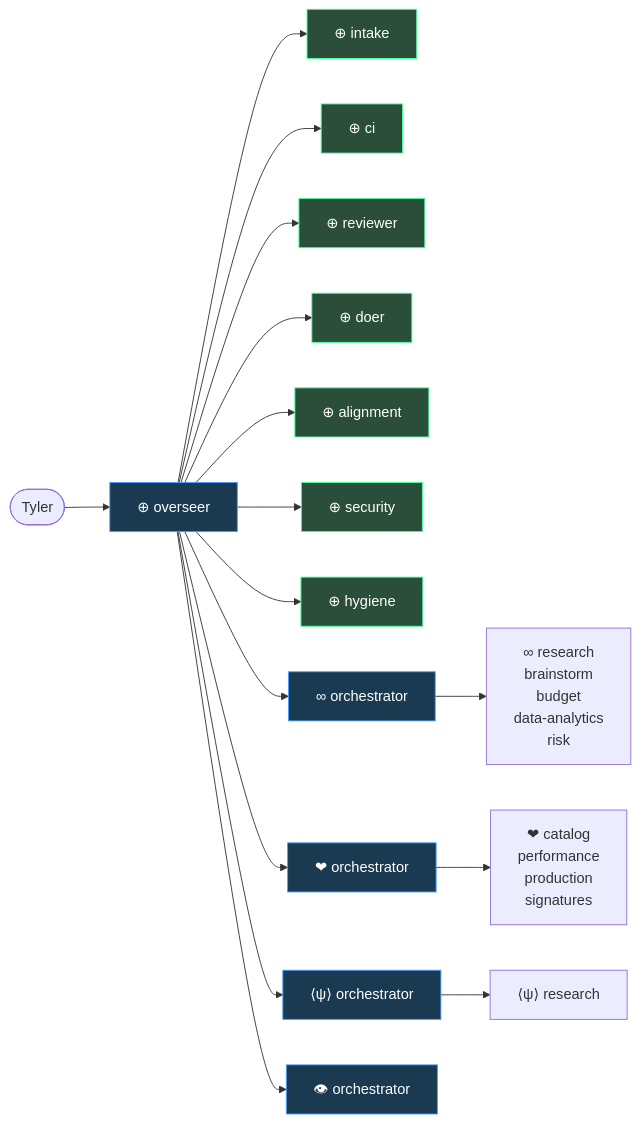
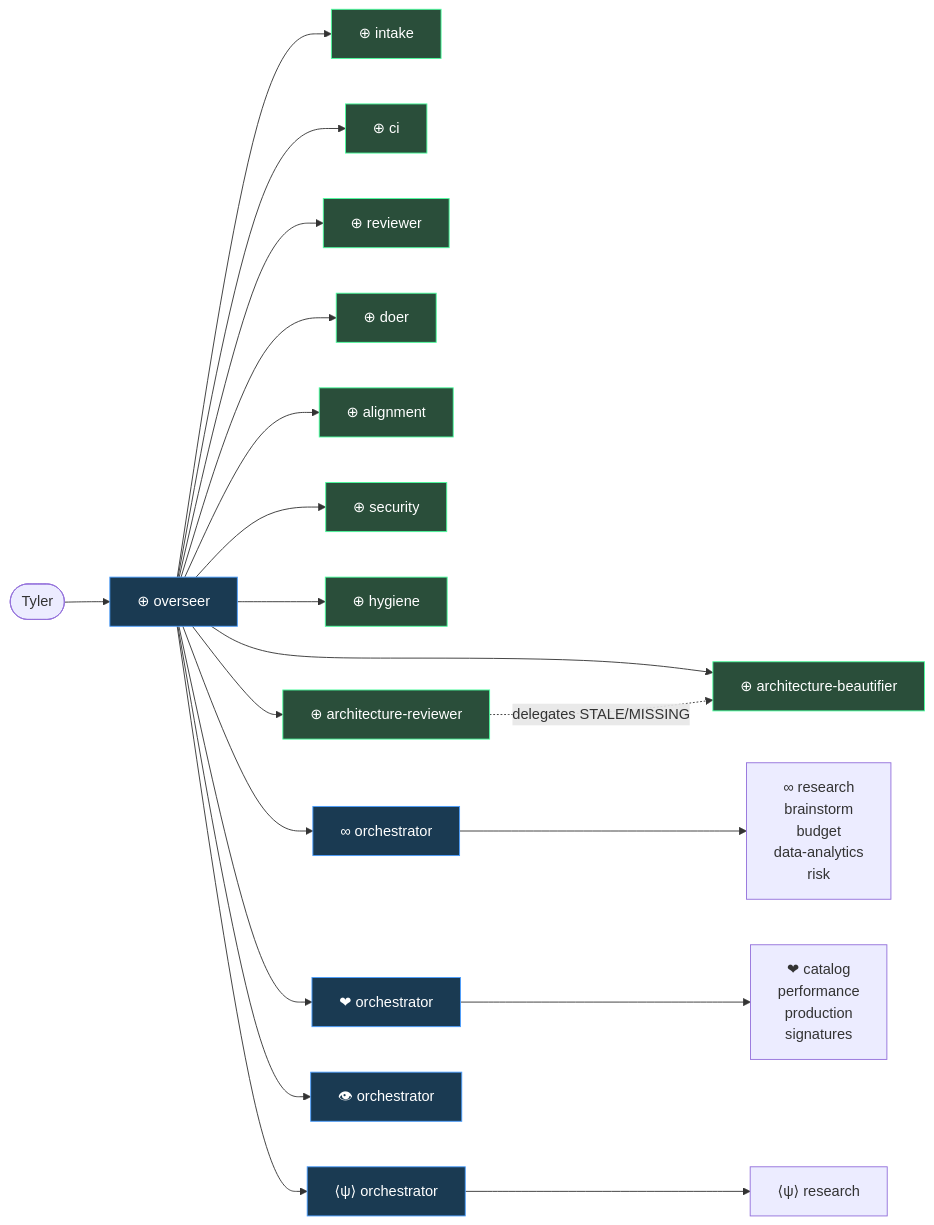
Before and after one commit to tylerdrakemusic/-Workspace: the diagram in diagrams/workspace-agent-topology.mmd, drawn with Mermaid. The commit also changed 6 other files, not shown here.

First line of the commit message:
chore(fr): close FR-20260425-architecture-review-agents (PARTIAL_MERGED)

```diff
--- a/diagrams/workspace-agent-topology.mmd
+++ b/diagrams/workspace-agent-topology.mmd
@@ -1,23 +1,27 @@
 graph LR
     Tyler([Tyler]) --> Overseer[⊕ overseer]
     Overseer --> Intake[⊕ intake]
     Overseer --> CI[⊕ ci]
     Overseer --> Reviewer[⊕ reviewer]
     Overseer --> Doer[⊕ doer]
     Overseer --> Alignment[⊕ alignment]
     Overseer --> Security[⊕ security]
     Overseer --> Hygiene[⊕ hygiene]
+    Overseer --> ArchReviewer[⊕ architecture-reviewer]
+    Overseer --> ArchBeautifier[⊕ architecture-beautifier]
+
+    ArchReviewer -.->|delegates STALE/MISSING| ArchBeautifier
 
     Overseer --> LifeOrch[∞ orchestrator]
     Overseer --> MusicOrch[❤ orchestrator]
     Overseer --> QuantumOrch[⟨ψ⟩ orchestrator]
     Overseer --> ManifestOrch[👁 orchestrator]
 
     LifeOrch --> LifeAgents[∞ research<br/>brainstorm<br/>budget<br/>data-analytics<br/>risk]
     MusicOrch --> MusicAgents[❤ catalog<br/>performance<br/>production<br/>signatures]
     QuantumOrch --> QResearch[⟨ψ⟩ research]
 
     classDef orch fill:#1a3a52,stroke:#4a9eff,color:#fff
     classDef ws fill:#2a4e3a,stroke:#4aff9e,color:#fff
     class Overseer,LifeOrch,MusicOrch,QuantumOrch,ManifestOrch orch
-    class Intake,CI,Reviewer,Doer,Alignment,Security,Hygiene ws
+    class Intake,CI,Reviewer,Doer,Alignment,Security,Hygiene,ArchReviewer,ArchBeautifier ws
```
